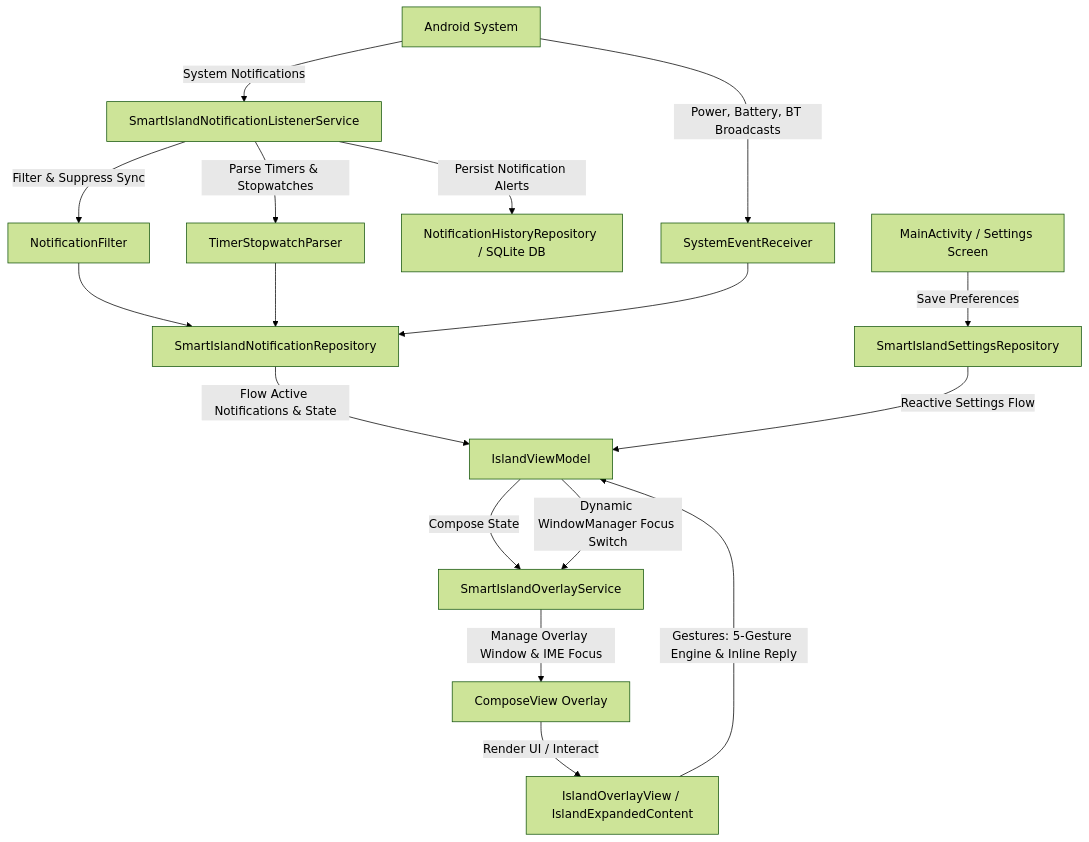
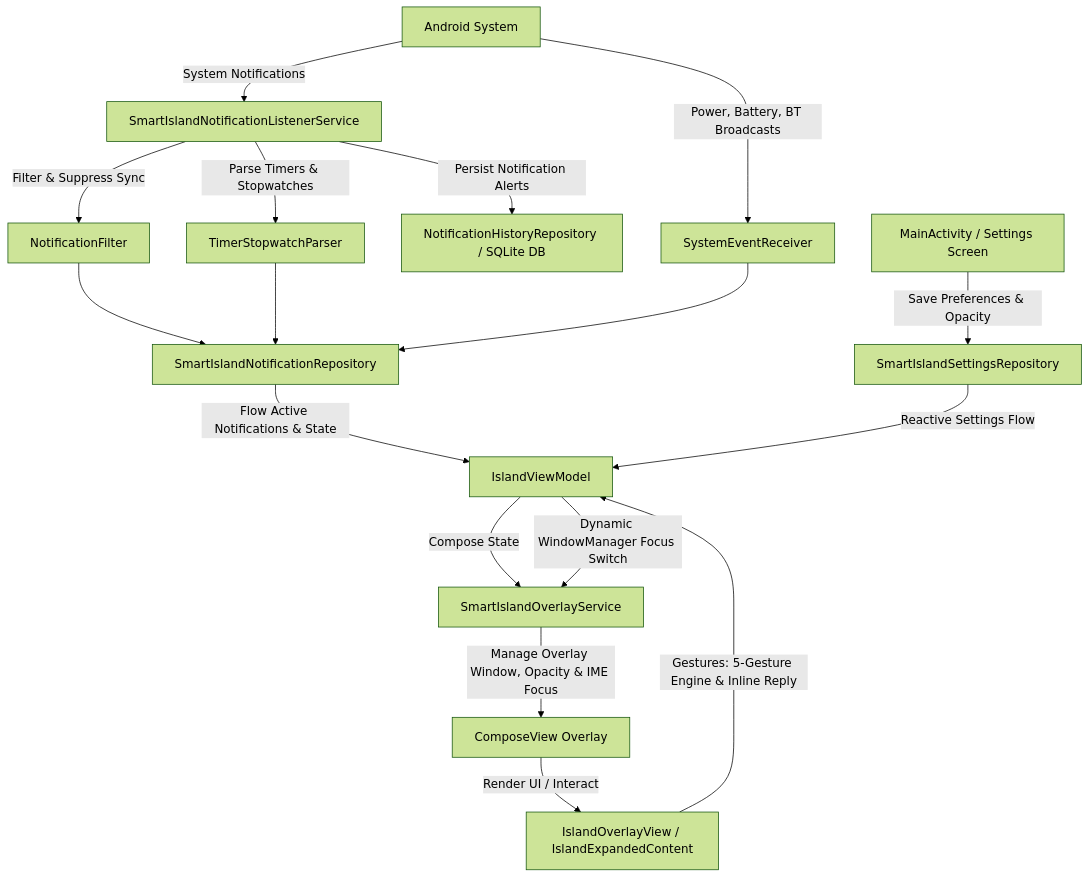
The diagram in analysis.md (agupta07505/SmartIsland), drawn with Mermaid (forest theme) before and after one commit. The commit also changed other lines of this file and 6 other files, not shown here.

Commit message:
feat: add island opacity controls and performance optimizations in v5.2.0 build configuration

````diff
--- a/analysis.md
+++ b/analysis.md
@@ -11,19 +11,19 @@
 ```mermaid
 graph TD
     A[Android System] -->|System Notifications| B[SmartIslandNotificationListenerService]
     A -->|Power, Battery, BT Broadcasts| SER[SystemEventReceiver]
     B -->|Filter & Suppress Sync| NF[NotificationFilter]
     B -->|Parse Timers & Stopwatches| TSP[TimerStopwatchParser]
     B -->|Persist Notification Alerts| NHD[NotificationHistoryRepository / SQLite DB]
     NF --> NR[SmartIslandNotificationRepository]
     TSP --> NR
     SER --> NR
-    F[MainActivity / Settings Screen] -->|Save Preferences| G[SmartIslandSettingsRepository]
+    F[MainActivity / Settings Screen] -->|Save Preferences & Opacity| G[SmartIslandSettingsRepository]
     NR -->|Flow Active Notifications & State| VM[IslandViewModel]
     G -->|Reactive Settings Flow| VM
     VM -->|Compose State| C[SmartIslandOverlayService]
-    C -->|Manage Overlay Window & IME Focus| D[ComposeView Overlay]
+    C -->|Manage Overlay Window, Opacity & IME Focus| D[ComposeView Overlay]
     D -->|Render UI / Interact| E[IslandOverlayView / IslandExpandedContent]
     E -->|Gestures: 5-Gesture Engine & Inline Reply| VM
     VM -->|Dynamic WindowManager Focus Switch| C
 ```
````
